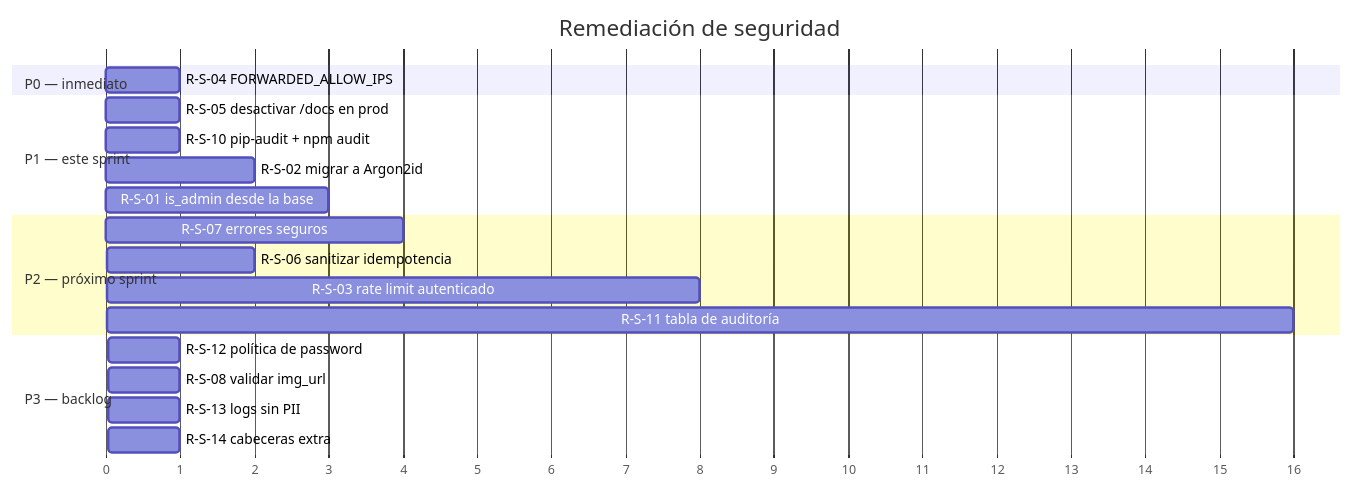
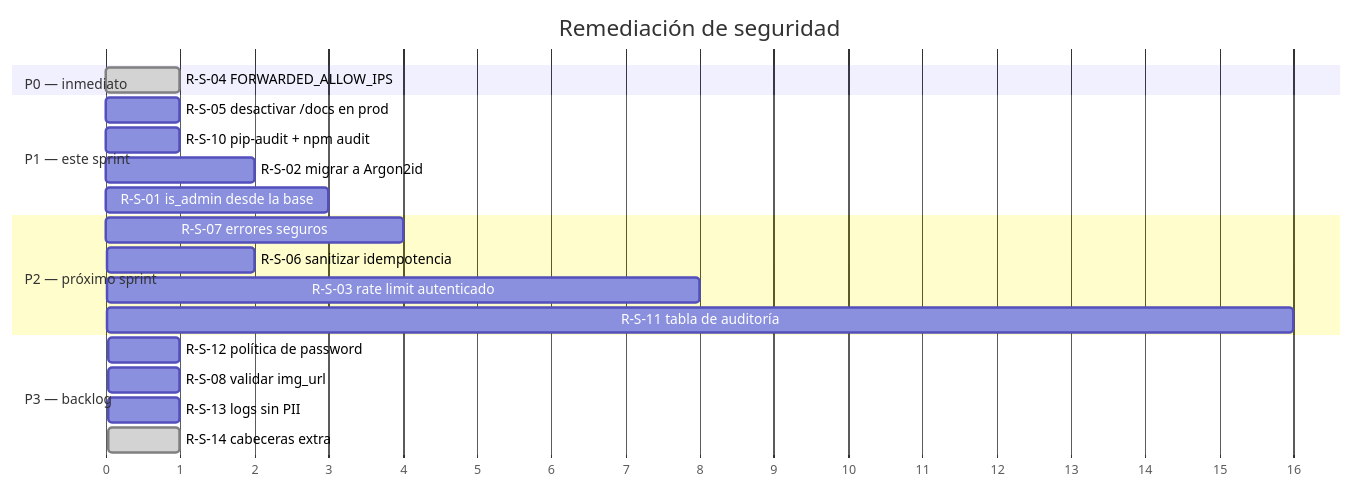
The diagram in docs/11_Seguridad.md (MartinCapisano/PatitasBigotes), drawn with Mermaid before and after one commit. The commit also changed other lines of this file and 1 other file, not shown here.

````diff
--- a/docs/11_Seguridad.md
+++ b/docs/11_Seguridad.md
@@ -535,23 +533,23 @@
 ```mermaid
 gantt
     title Remediación de seguridad
     dateFormat X
     axisFormat %s
     section P0 — inmediato
-    R-S-04 FORWARDED_ALLOW_IPS        :0, 1
+    R-S-04 FORWARDED_ALLOW_IPS        :done, 0, 1
     section P1 — este sprint
     R-S-05 desactivar /docs en prod   :1, 1
     R-S-10 pip-audit + npm audit      :2, 1
     R-S-02 migrar a Argon2id          :3, 2
     R-S-01 is_admin desde la base     :5, 3
     section P2 — próximo sprint
     R-S-07 errores seguros            :8, 4
     R-S-06 sanitizar idempotencia     :12, 2
     R-S-03 rate limit autenticado     :14, 8
     R-S-11 tabla de auditoría         :22, 16
     section P3 — backlog
     R-S-12 política de password       :38, 1
     R-S-08 validar img_url            :39, 1
     R-S-13 logs sin PII               :40, 1
-    R-S-14 cabeceras extra            :41, 1
+    R-S-14 cabeceras extra            :done, 41, 1
 ```
````
